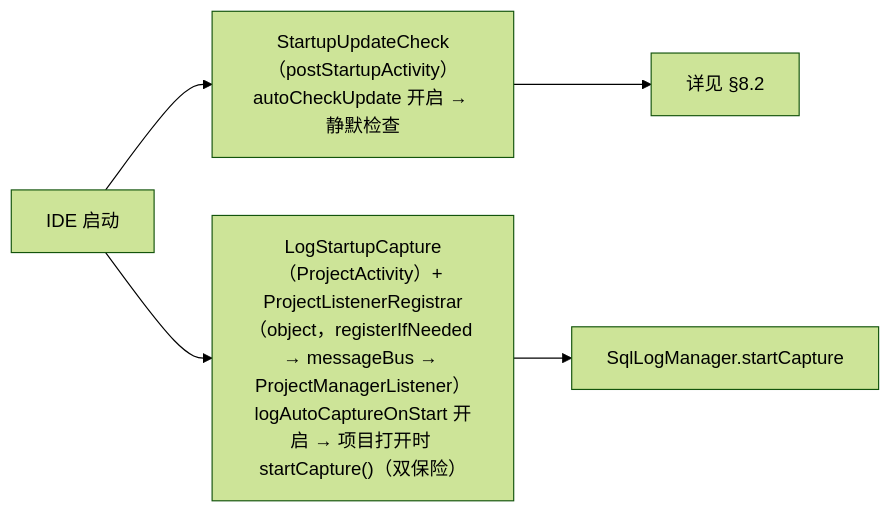
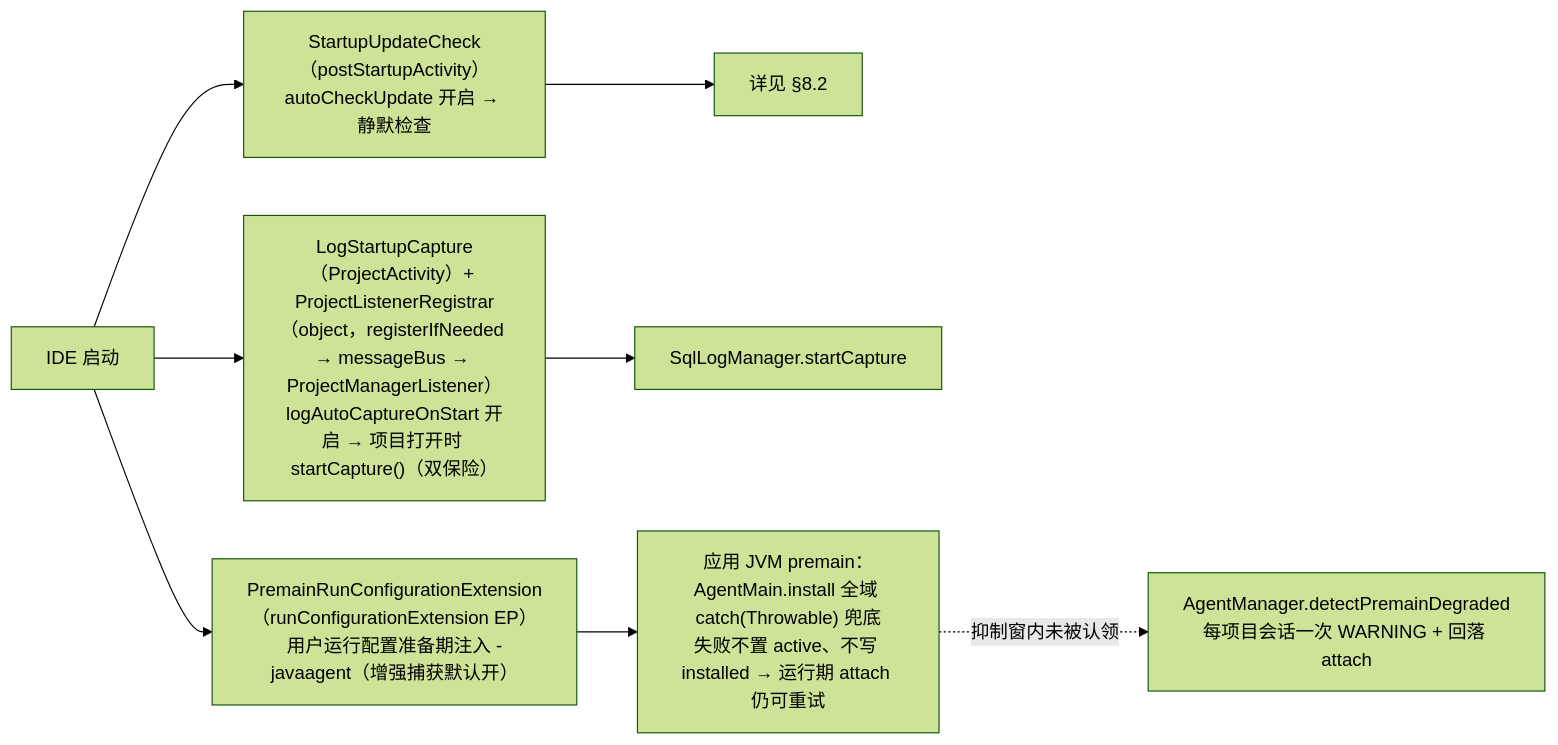
One commit to SongRenShuo/mybatis-plus-sql-visualizer changed diagram 16 of 18 in docs/架构设计/02-核心流程详解.md. Above: the diagram before and after it, drawn with Mermaid (forest theme). The commit also changed other lines of this file and 204 other files, not shown here.

````diff
--- a/docs/架构设计/02-核心流程详解.md
+++ b/docs/架构设计/02-核心流程详解.md
@@ -622,7 +702,10 @@
 ```mermaid
 flowchart LR
     IDE["IDE 启动"] --> UC["StartupUpdateCheck（postStartupActivity）<br/>autoCheckUpdate 开启 → 静默检查"]
     IDE --> LC["LogStartupCapture（ProjectActivity）+ ProjectListenerRegistrar（object，registerIfNeeded → messageBus → ProjectManagerListener）<br/>logAutoCaptureOnStart 开启 → 项目打开时 startCapture()（双保险）"]
+    IDE --> PRE["PremainRunConfigurationExtension（runConfigurationExtension EP）<br/>用户运行配置准备期注入 -javaagent（增强捕获默认开）"]
     UC --> U["详见 §8.2"]
     LC --> M["SqlLogManager.startCapture"]
+    PRE --> PJ["应用 JVM premain：AgentMain.install 全域 catch(Throwable) 兜底<br/>失败不置 active、不写 installed → 运行期 attach 仍可重试"]
+    PJ -.->|"抑制窗内未被认领"| DG["AgentManager.detectPremainDegraded<br/>每项目会话一次 WARNING + 回落 attach"]
 ```
````
